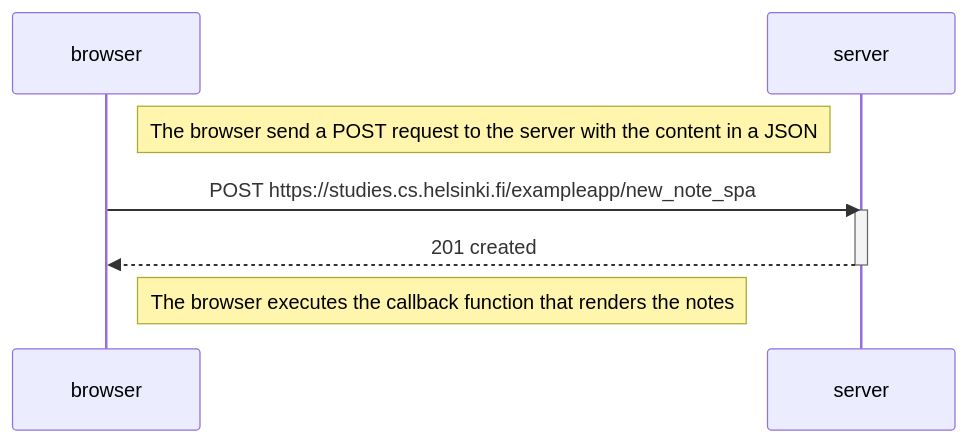
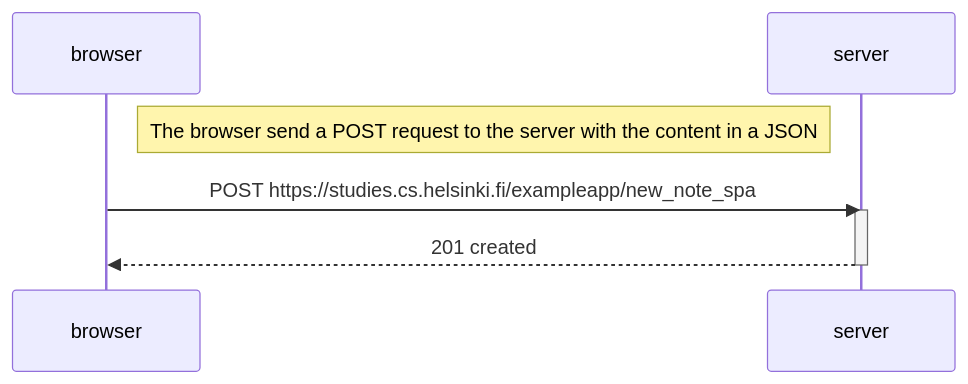
The diagram in osa0/0.6: Uusi muistiinpano.md (EyzeCOLD/fullstackopen), drawn with Mermaid before and after one commit.

Commit message:
Update 0.6: Uusi muistiinpano.md

````diff
--- a/osa0/0.6: Uusi muistiinpano.md
+++ b/osa0/0.6: Uusi muistiinpano.md
@@ -3,14 +3,12 @@
 ```mermaid
 sequenceDiagram
     participant browser
     participant server
 
     Note right of browser: The browser send a POST request to the server with the content in a JSON
     
     browser->>server: POST https://studies.cs.helsinki.fi/exampleapp/new_note_spa
     activate server
     server-->>browser: 201 created
     deactivate server
-
-    Note right of browser: The browser executes the callback function that renders the notes
 ```
````
